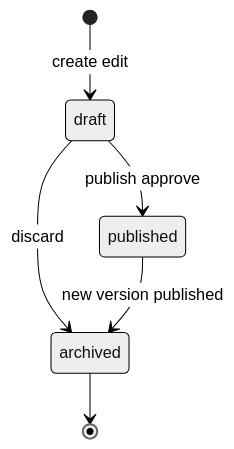
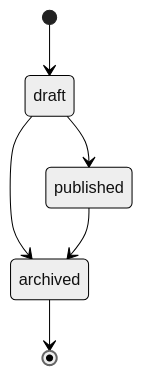
One commit to kevinlicenji/onemore changed the third of 5 diagrams in docs/prd/OneMore_Data_Model.md. Above: the diagram before and after it, drawn with Mermaid (neutral theme). The commit also changed other lines of this file and 6 other files, not shown here.

First line of the commit message:
docs(db): revise data model to v1.2 after schema audit

````diff
--- a/docs/prd/OneMore_Data_Model.md
+++ b/docs/prd/OneMore_Data_Model.md
@@ -379,8 +669,8 @@
 ```mermaid
 stateDiagram-v2
-  [*] --> draft: create edit
-  draft --> published: publish approve
-  draft --> archived: discard
-  published --> archived: new version published
+  [*] --> draft
+  draft --> published
+  draft --> archived
+  published --> archived
   archived --> [*]
 ```
````
